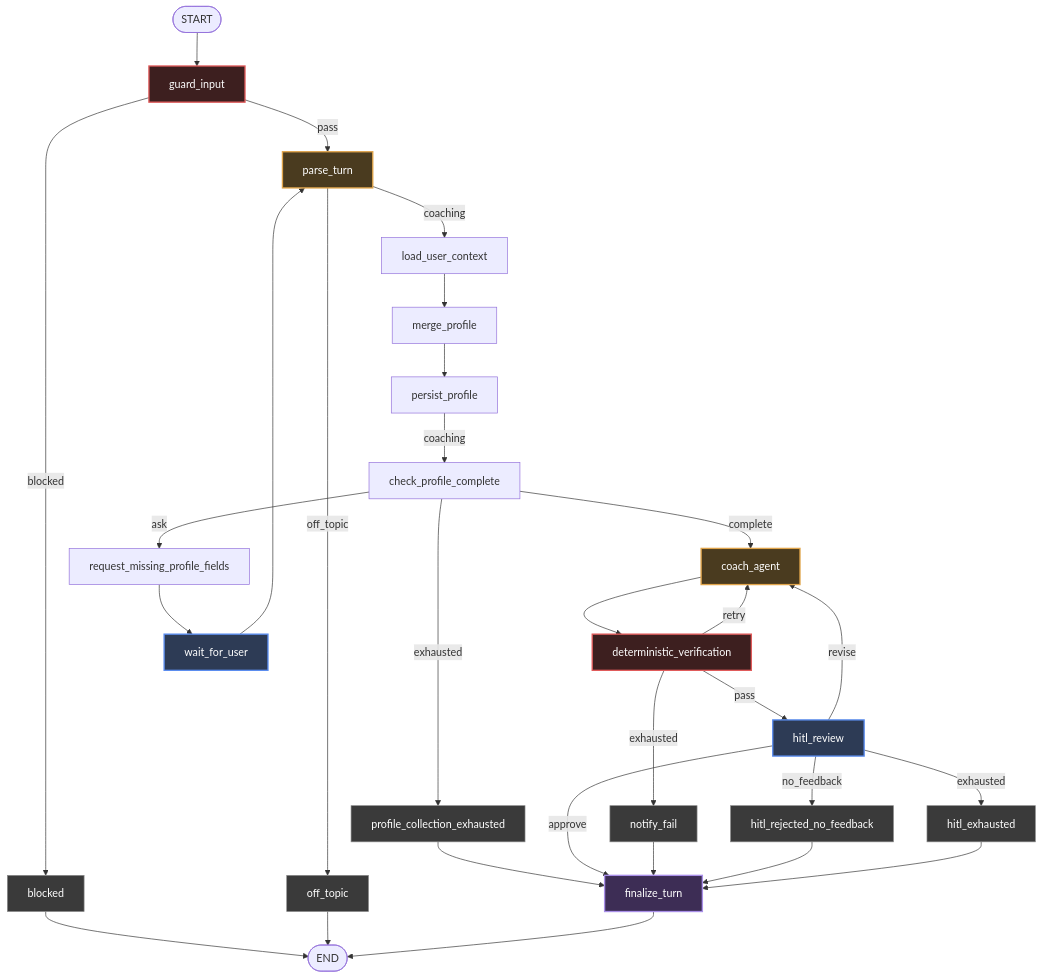
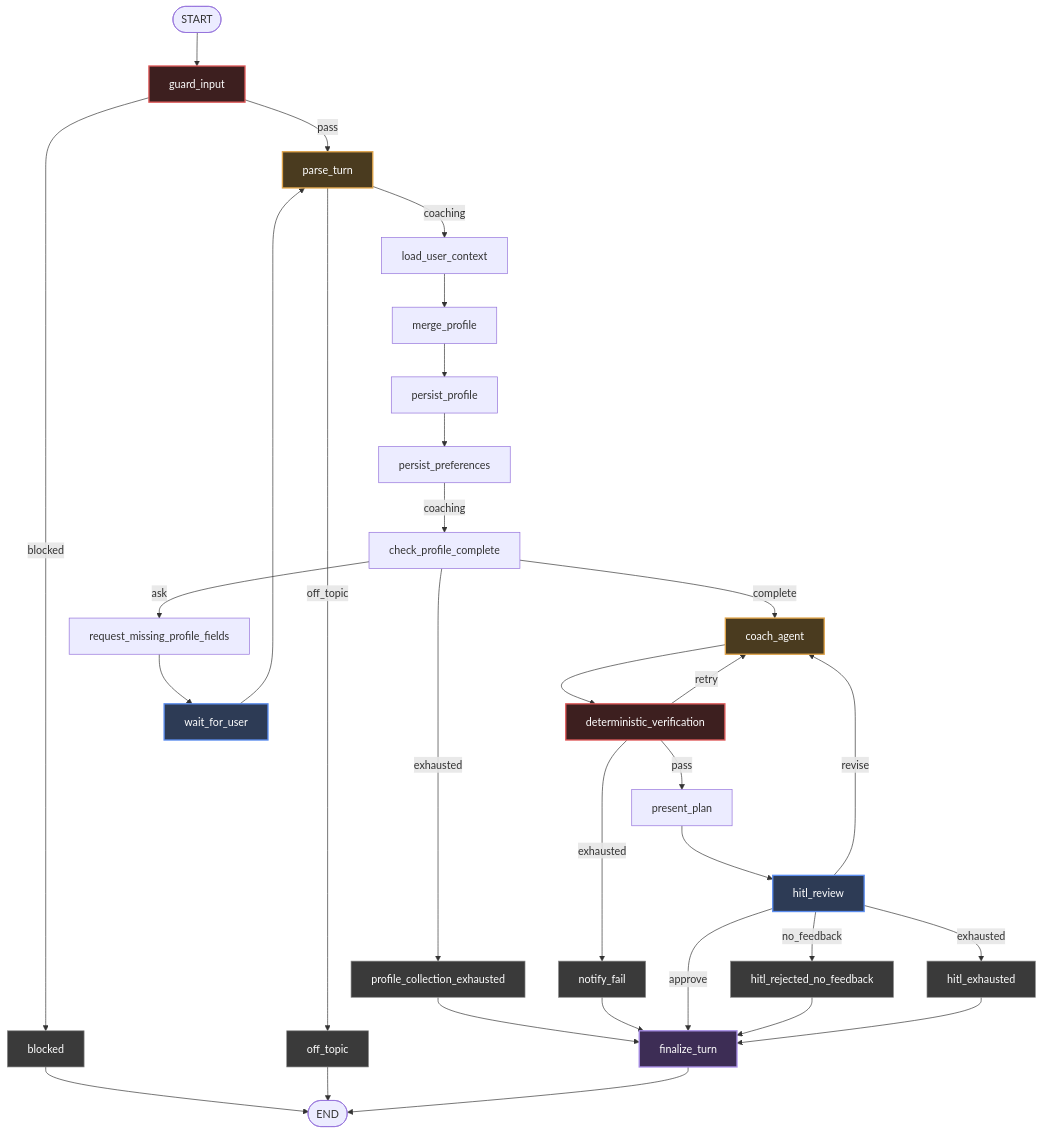
The diagram in custom-graph-architecture/docs/diagrams/coaching-flow.mmd (hoanhoang-agilityio/Assistant-Learning), drawn with Mermaid before and after one commit. The commit also changed 35 other files, not shown here.

```diff
--- a/custom-graph-architecture/docs/diagrams/coaching-flow.mmd
+++ b/custom-graph-architecture/docs/diagrams/coaching-flow.mmd
@@ -1,42 +1,44 @@
 %% coaching flow — generated by scripts/export_graph_diagrams.py, do not edit by hand
 flowchart TD
     start([START])
     finish([END])
     start --> guard_input
     guard_input -->|blocked| blocked
     guard_input -->|pass| parse_turn
     blocked --> finish
     parse_turn -->|coaching| load_user_context
     parse_turn -->|off_topic| off_topic
     load_user_context --> merge_profile
     off_topic --> finish
     merge_profile --> persist_profile
-    persist_profile -->|coaching| check_profile_complete
+    persist_profile --> persist_preferences
+    persist_preferences -->|coaching| check_profile_complete
     check_profile_complete -->|complete| coach_agent
     check_profile_complete -->|ask| request_missing_profile_fields
     check_profile_complete -->|exhausted| profile_collection_exhausted
     coach_agent --> deterministic_verification
     request_missing_profile_fields --> wait_for_user
     profile_collection_exhausted --> finalize_turn
-    deterministic_verification -->|pass| hitl_review
+    deterministic_verification -->|pass| present_plan
     deterministic_verification -->|retry| coach_agent
     deterministic_verification -->|exhausted| notify_fail
     wait_for_user --> parse_turn
     finalize_turn --> finish
+    present_plan --> hitl_review
+    notify_fail --> finalize_turn
     hitl_review -->|approve| finalize_turn
     hitl_review -->|revise| coach_agent
     hitl_review -->|no_feedback| hitl_rejected_no_feedback
     hitl_review -->|exhausted| hitl_exhausted
-    notify_fail --> finalize_turn
     hitl_rejected_no_feedback --> finalize_turn
     hitl_exhausted --> finalize_turn
     classDef llm fill:#4a3b1f,stroke:#e0a44a,stroke-width:2px,color:#fff
     classDef gate fill:#3d1f1f,stroke:#e05b5b,stroke-width:2px,color:#fff
     classDef pause fill:#2d3b55,stroke:#5b8def,stroke-width:2px,color:#fff
     classDef stop fill:#3a3a3a,stroke:#8a8a8a,stroke-width:1px,color:#fff
     classDef finalize fill:#3d2d55,stroke:#a98fe8,stroke-width:2px,color:#fff
     class coach_agent,parse_turn llm
     class deterministic_verification,guard_input gate
     class hitl_review,wait_for_user pause
     class blocked,hitl_exhausted,hitl_rejected_no_feedback,notify_fail,off_topic,profile_collection_exhausted stop
     class finalize_turn finalize
```
